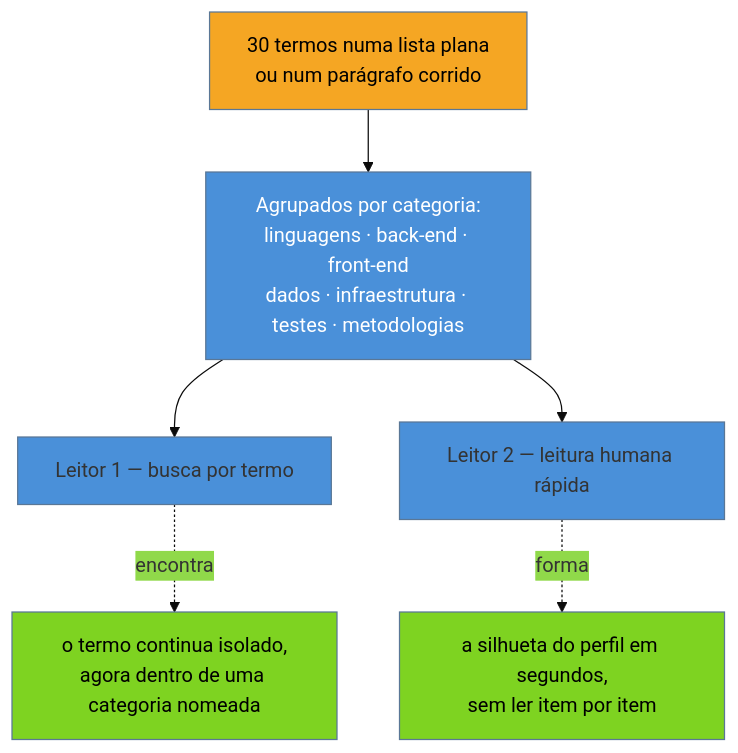
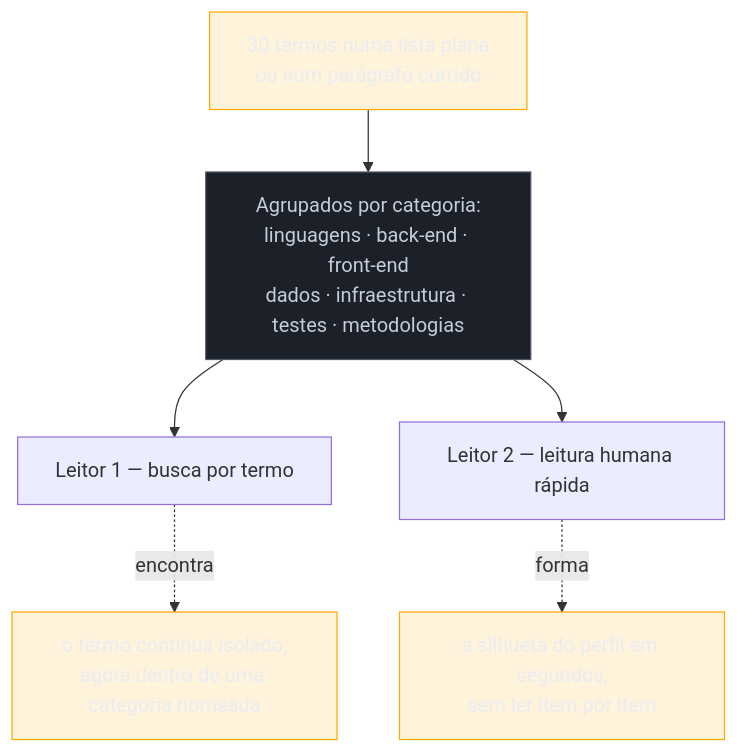
The first of 2 diagrams in 03-Dominios/Carreira/Currículo/09 - Habilidades técnicas.md (josenaldo/codex-technomanticus), drawn with Mermaid before and after one commit. The commit also changed other lines of this file and 1181 other files, not shown here.

First line of the commit message:
fix(diagramas): paleta do sistema no lugar de cor cravada no markdown

````diff
--- a/03-Dominios/Carreira/Currículo/09 - Habilidades técnicas.md
+++ b/03-Dominios/Carreira/Currículo/09 - Habilidades técnicas.md
@@ -69,16 +69,17 @@
 ```mermaid
-%%{init: {"theme": "base", "themeVariables": {"primaryColor": "#4A90D9"}}}%%
 graph TD
+    classDef destaque fill:#FFAA0024,stroke:#FFAA00,color:#E9ECF2
+    classDef neutro fill:#1B2029,stroke:#4E5666,color:#C6CCD8
     RAW["30 termos numa lista plana<br/>ou num parágrafo corrido"] --> CAT["Agrupados por categoria:<br/>linguagens · back-end · front-end<br/>dados · infraestrutura · testes · metodologias"]
 
     CAT --> L1["Leitor 1 — busca por termo"]
     CAT --> L2["Leitor 2 — leitura humana rápida"]
 
     L1 -.encontra.-> R1["o termo continua isolado,<br/>agora dentro de uma categoria nomeada"]
     L2 -.forma.-> R2["a silhueta do perfil em segundos,<br/>sem ler item por item"]
 
-    style RAW fill:#F5A623,color:#000
-    style CAT fill:#4A90D9,color:#fff
-    style R1 fill:#7ED321,color:#000
-    style R2 fill:#7ED321,color:#000
+    class RAW destaque
+    class CAT neutro
+    class R1 destaque
+    class R2 destaque
 ```
````
